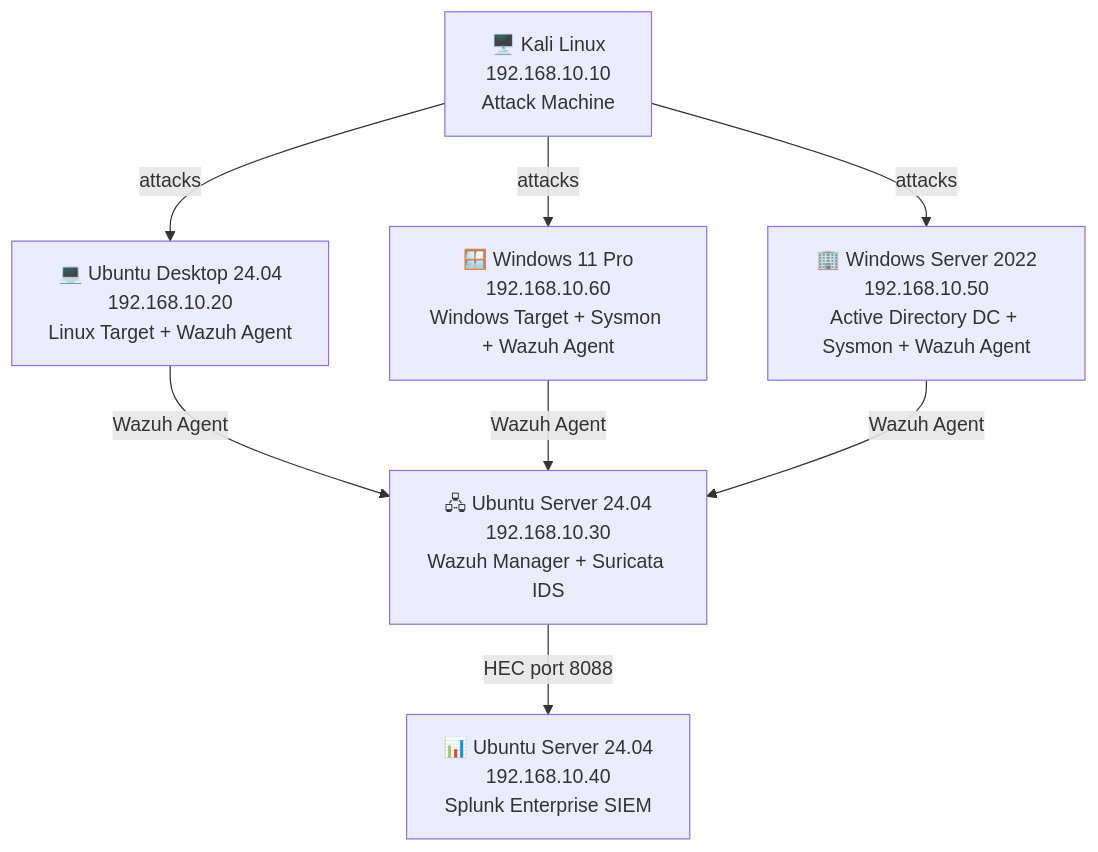
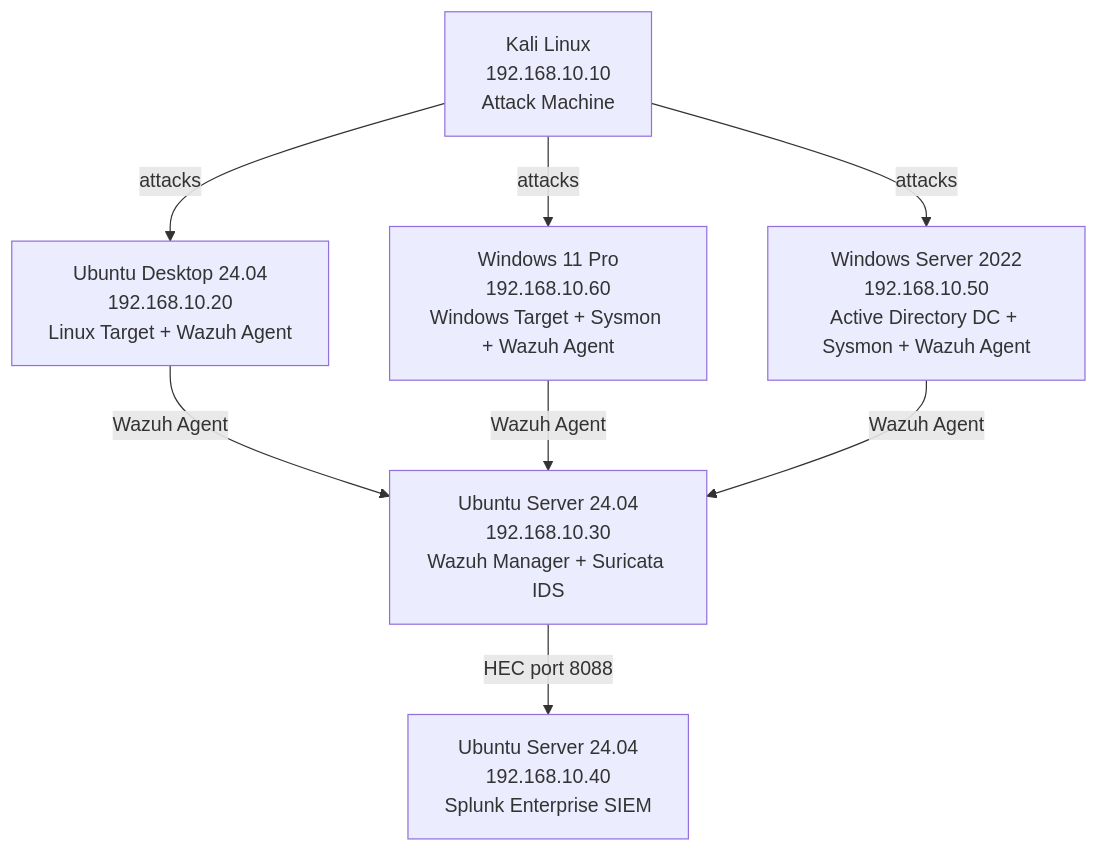
The diagram in README.md (DanielBandarica02/SOC-HomeLab), drawn with Mermaid before and after one commit.

````diff
--- a/README.md
+++ b/README.md
@@ -15,10 +15,10 @@
 ```mermaid
 flowchart TD
-    A["🖥️ Kali Linux\n192.168.10.10\nAttack Machine"] -->|"attacks"| B["💻 Ubuntu Desktop 24.04\n192.168.10.20\nLinux Target + Wazuh Agent"]
-    A -->|"attacks"| E["🪟 Windows 11 Pro\n192.168.10.60\nWindows Target + Sysmon + Wazuh Agent"]
-    A -->|"attacks"| F["🏢 Windows Server 2022\n192.168.10.50\nActive Directory DC + Sysmon + Wazuh Agent"]
-    B -->|"Wazuh Agent"| C["🖧 Ubuntu Server 24.04\n192.168.10.30\nWazuh Manager + Suricata IDS"]
+    A[" Kali Linux\n192.168.10.10\nAttack Machine"] -->|"attacks"| B[" Ubuntu Desktop 24.04\n192.168.10.20\nLinux Target + Wazuh Agent"]
+    A -->|"attacks"| E[" Windows 11 Pro\n192.168.10.60\nWindows Target + Sysmon + Wazuh Agent"]
+    A -->|"attacks"| F[" Windows Server 2022\n192.168.10.50\nActive Directory DC + Sysmon + Wazuh Agent"]
+    B -->|"Wazuh Agent"| C[" Ubuntu Server 24.04\n192.168.10.30\nWazuh Manager + Suricata IDS"]
     E -->|"Wazuh Agent"| C
     F -->|"Wazuh Agent"| C
-    C -->|"HEC port 8088"| D["📊 Ubuntu Server 24.04\n192.168.10.40\nSplunk Enterprise SIEM"]
+    C -->|"HEC port 8088"| D[" Ubuntu Server 24.04\n192.168.10.40\nSplunk Enterprise SIEM"]
 ```
````
